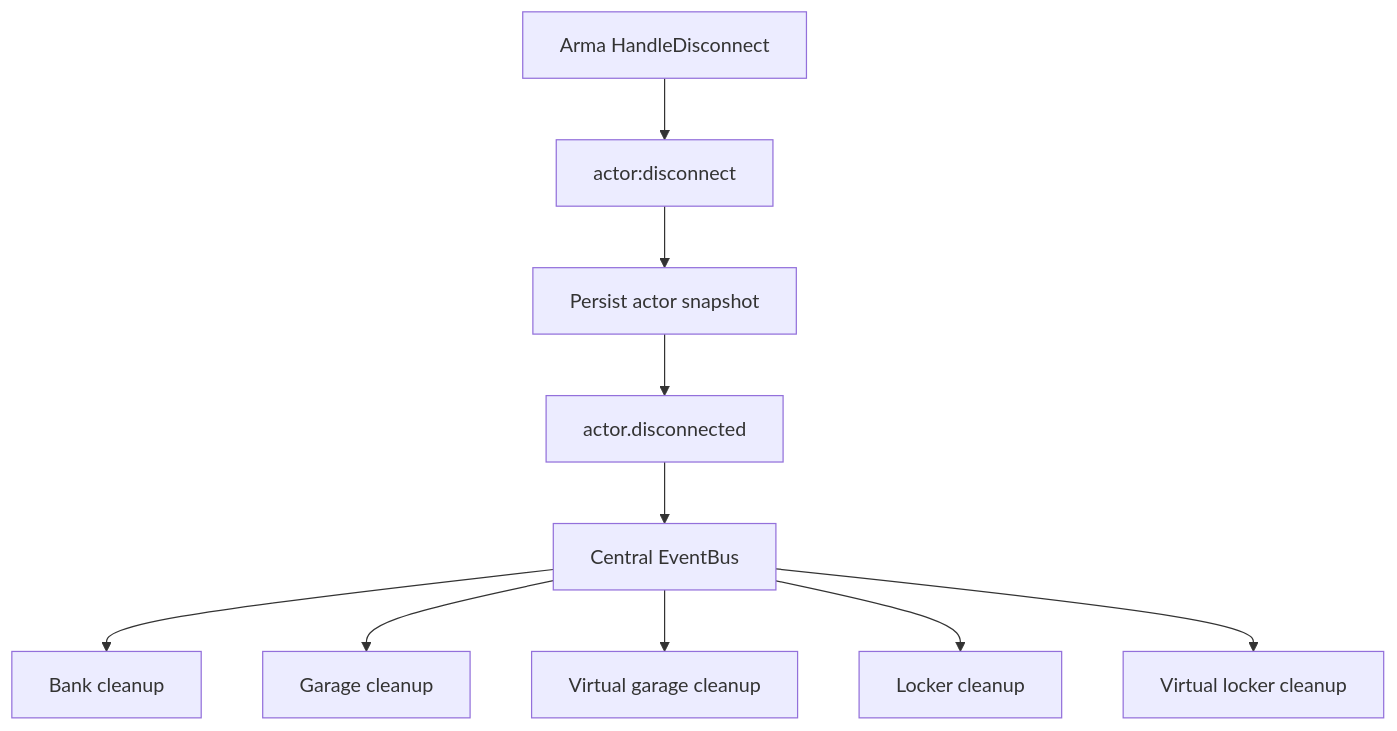
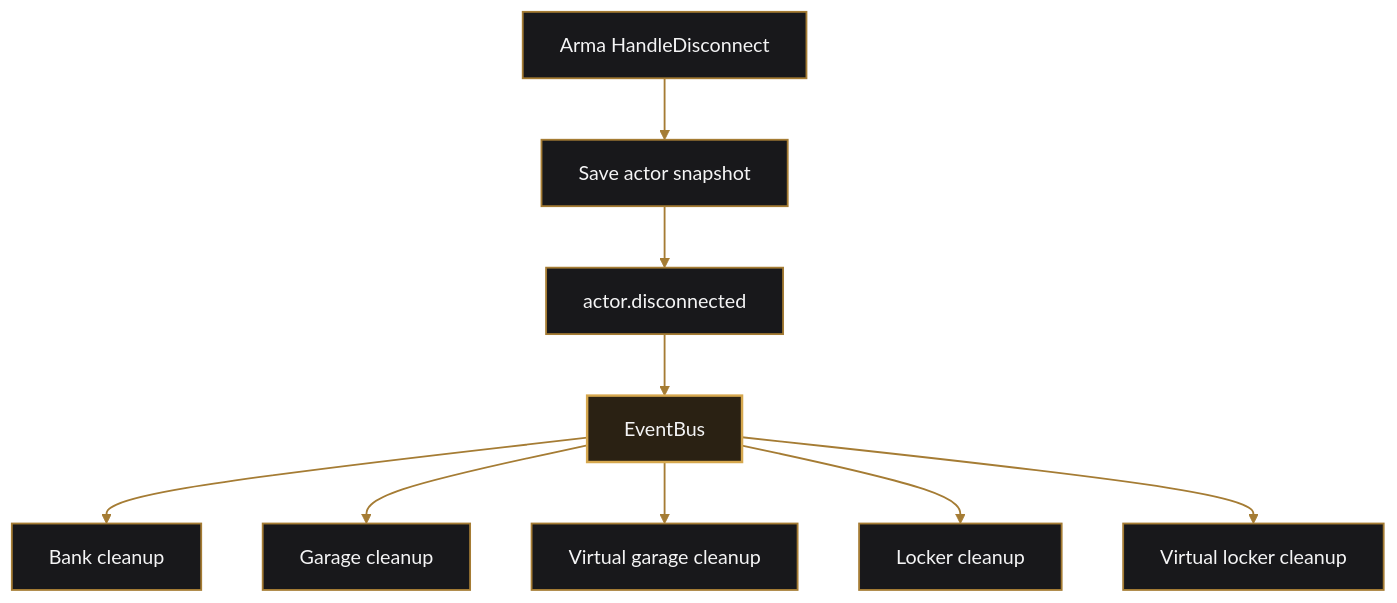
The second of 3 diagrams in docs/events.md (jschmidt92/crate), drawn with Mermaid before and after one commit. The commit also changed other lines of this file and 21 other files, not shown here.

````diff
--- a/docs/events.md
+++ b/docs/events.md
@@ -50,12 +62,17 @@
 ```mermaid
 flowchart TD
-    Disconnect[Arma HandleDisconnect] --> Command[actor:disconnect]
-    Command --> Persist[Persist actor snapshot]
-    Persist --> Event[actor.disconnected]
-    Event --> Bus[Central EventBus]
+    Disconnect[Arma HandleDisconnect] --> Snapshot[Save actor snapshot]
+    Snapshot --> Event[actor.disconnected]
+    Event --> Bus[EventBus]
     Bus --> Bank[Bank cleanup]
     Bus --> Garage[Garage cleanup]
     Bus --> VGarage[Virtual garage cleanup]
     Bus --> Locker[Locker cleanup]
     Bus --> VLocker[Virtual locker cleanup]
+
+    classDef step fill:#18181b,stroke:#a57c34,color:#f4f4f5,stroke-width:1.5px
+    classDef backbone fill:#2a2113,stroke:#d6a84f,color:#f4f4f5,stroke-width:2px
+    class Disconnect,Snapshot,Event,Bank,Garage,VGarage,Locker,VLocker step
+    class Bus backbone
+    linkStyle default stroke:#a57c34,stroke-width:1.5px
 ```
````
